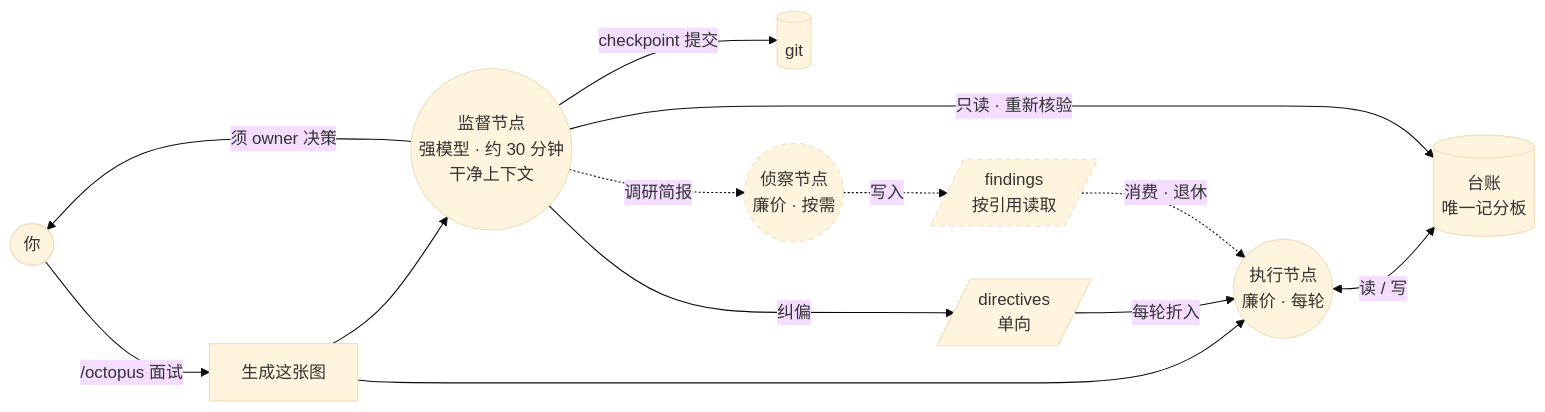
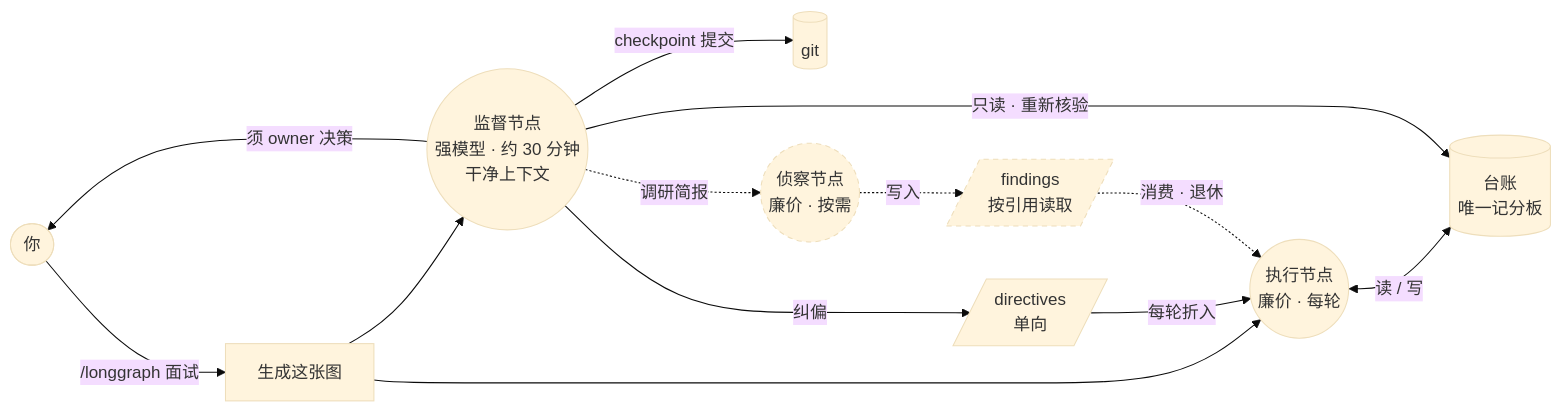
Before and after one commit to levi-qiao/longgraph-skill: the diagram in skills/loop-graph/README.zh-CN.md, drawn with Mermaid (base theme). The commit also changed other lines of this file and 28 other files, not shown here.

First line of the commit message:
docs!: rename product brand octopus → longgraph with legacy aliases

````diff
--- a/skills/loop-graph/README.zh-CN.md
+++ b/skills/loop-graph/README.zh-CN.md
@@ -61,19 +61,19 @@
 ```mermaid
 flowchart LR
-    U([你]) -->|"/octopus" 面试| G[生成这张图]
+    U([你]) -->|"/longgraph" 面试| G[生成这张图]
     G --> EXE((执行节点<br/>廉价 · 每轮))
     G --> SUP((监督节点<br/>强模型 · 约 30 分钟<br/>干净上下文))
 
     EXE <-->|读 / 写| LG[(台账<br/>唯一记分板)]
     SUP -->|只读 · 重新核验| LG
     SUP -->|纠偏| DIR[/directives<br/>单向/]
     DIR -->|每轮折入| EXE
     SUP -->|checkpoint 提交| GIT[(git)]
     SUP -->|须 owner 决策| U
 
     SUP -.->|调研简报| SC((侦察节点<br/>廉价 · 按需)):::opt
     SC -.->|写入| FND[/findings<br/>按引用读取/]:::opt
     FND -.->|消费 · 退休| EXE
 
     classDef opt stroke-dasharray:5 4;
 ```
````
